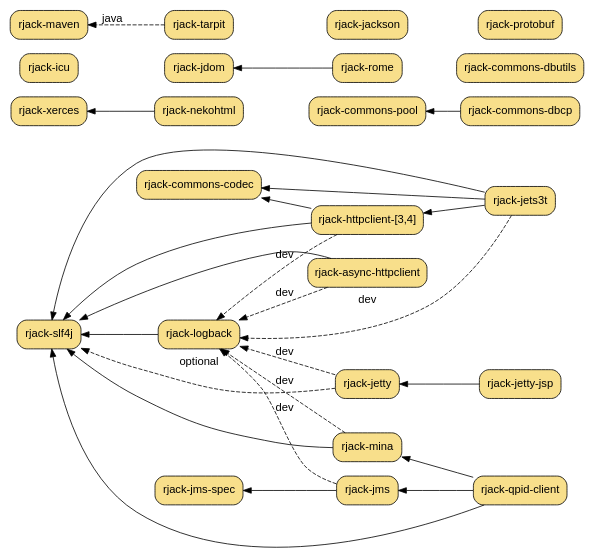
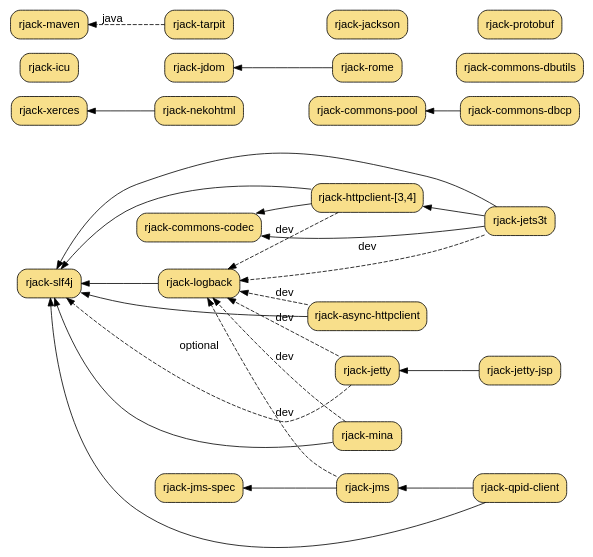
One commit to dekellum/rjack changed the diagram in www/rjack.dot. Above: the diagram before and after it, drawn with Graphviz. The commit also changed 4 other files, not shown here.

Commit message:
qpid: 0.14 no longer needs mina or jcl-over-slf4j

```diff
--- a/www/rjack.dot
+++ b/www/rjack.dot
@@ -1,87 +1,86 @@
 digraph "RJack Gem Dependency Graph" {
   bgcolor="transparent";
   rankdir=RL;
   size="6.0,6.0";
   node [ shape=box, style="filled,rounded", fillcolor="#f8df8b",
          fontname="Arial", margin="0.15,0.1" ];
   edge [ fontname="Arial" ];
 
   "rjack-jets3t"        [ target=_parent, URL="jets3t/" ];
   "rjack-nekohtml"      [ target=_parent, URL="nekohtml/", group=ml ];
   "rjack-rome"          [ target=_parent, URL="rome/", group=ml ];
   "rjack-jdom"          [ target=_parent, URL="jdom/", group=ml ];
   "rjack-xerces"        [ target=_parent, URL="xerces/", group=ml ];
 
   "rjack-httpclient"    [ target=_parent, URL="httpclient-3/",
                           shape=record, label="rjack-httpclient-[3,4]" ];
 
   "rjack-icu"           [ target=_parent, URL="icu/" ];
 
   "rjack-jetty"         [ target=_parent, URL="jetty/" ];
   "rjack-jetty-jsp"     [ target=_parent, URL="jetty-jsp/" ];
 
   "rjack-slf4j"         [ target=_parent, URL="slf4j/", group=log ];
   "rjack-logback"       [ target=_parent, URL="logback/", group=log ];
 
   "rjack-commons-codec" [ target=_parent, URL="commons-codec/", group=commons ];
 
   "rjack-jms-spec"      [ target=_parent, URL="jms-spec/", group=net ];
   "rjack-jms"           [ target=_parent, URL="jms/", group=net ];
   "rjack-mina"          [ target=_parent, URL="mina/", group=net ];
   "rjack-qpid-client"   [ target=_parent, URL="qpid-client/", group=net ];
 
   "rjack-commons-dbcp"  [ target=_parent, URL="commons-dbcp/", group=commons ];
   "rjack-commons-dbutils" [ target=_parent, URL="commons-dbutils/", group=commons ];
 
   "rjack-commons-pool"  [ target=_parent, URL="commons-pool/", group=commons ];
   "rjack-protobuf"      [ target=_parent, URL="protobuf/" ];
 
   "rjack-tarpit"        [ target=_parent, URL="tarpit/" ];
   "rjack-maven"         [ target=_parent, URL="maven/" ];
 
   "rjack-jackson"       [ target=_parent, URL="jackson/" ];
 
   "rjack-async-httpclient" [ target=_parent, URL="async-httpclient/" ];
 
   "rjack-tarpit"       -> "rjack-maven" [ style=dashed, label="java" ];
 
   "rjack-jets3t"       -> "rjack-logback" [ style=dashed, label="dev" ];
   "rjack-jets3t"       -> "rjack-httpclient";
   "rjack-jets3t"       -> "rjack-commons-codec";
   "rjack-jets3t"       -> "rjack-slf4j";
   "rjack-rome"         -> "rjack-jdom"
   "rjack-nekohtml"     -> "rjack-xerces"
 
   "rjack-httpclient"   -> "rjack-commons-codec";
   "rjack-httpclient"   -> "rjack-logback" [ style=dashed, label="dev" ];
   "rjack-httpclient"   -> "rjack-slf4j";
 
   "rjack-jetty-jsp"    -> "rjack-jetty";
   "rjack-jetty"        -> "rjack-logback" [ style=dashed, label="dev" ];
   "rjack-jetty"        -> "rjack-slf4j"   [ style=dashed, label="optional" ];
 
   "rjack-logback"      -> "rjack-slf4j";
 
   "rjack-jms"          -> "rjack-jms-spec";
   "rjack-jms"          -> "rjack-logback" [ style=dashed, label="dev" ];
 
   "rjack-mina"         -> "rjack-slf4j";
   "rjack-mina"         -> "rjack-logback" [ style=dashed, label="dev" ];
 
-  "rjack-qpid-client"  -> "rjack-mina";
   "rjack-qpid-client"  -> "rjack-jms";
   "rjack-qpid-client"  -> "rjack-slf4j";
 #  "rjack-qpid-client"  -> "rjack-logback" [ style=dashed, label="dev" ];
 
   "rjack-commons-dbcp" -> "rjack-commons-pool";
 
   "rjack-async-httpclient" -> "rjack-slf4j"
   "rjack-async-httpclient" -> "rjack-logback" [ style=dashed, label="dev" ];
 
 # for fitting only
   "rjack-jackson"         -> "rjack-tarpit"   [ style=invis ];
   "rjack-jdom"            -> "rjack-icu"      [ style=invis ];
   "rjack-protobuf"        -> "rjack-jackson"  [ style=invis ];
   "rjack-commons-pool"    -> "rjack-nekohtml" [ style=invis ];
   "rjack-commons-dbutils" -> "rjack-rome"     [ style=invis ];
 }
```
